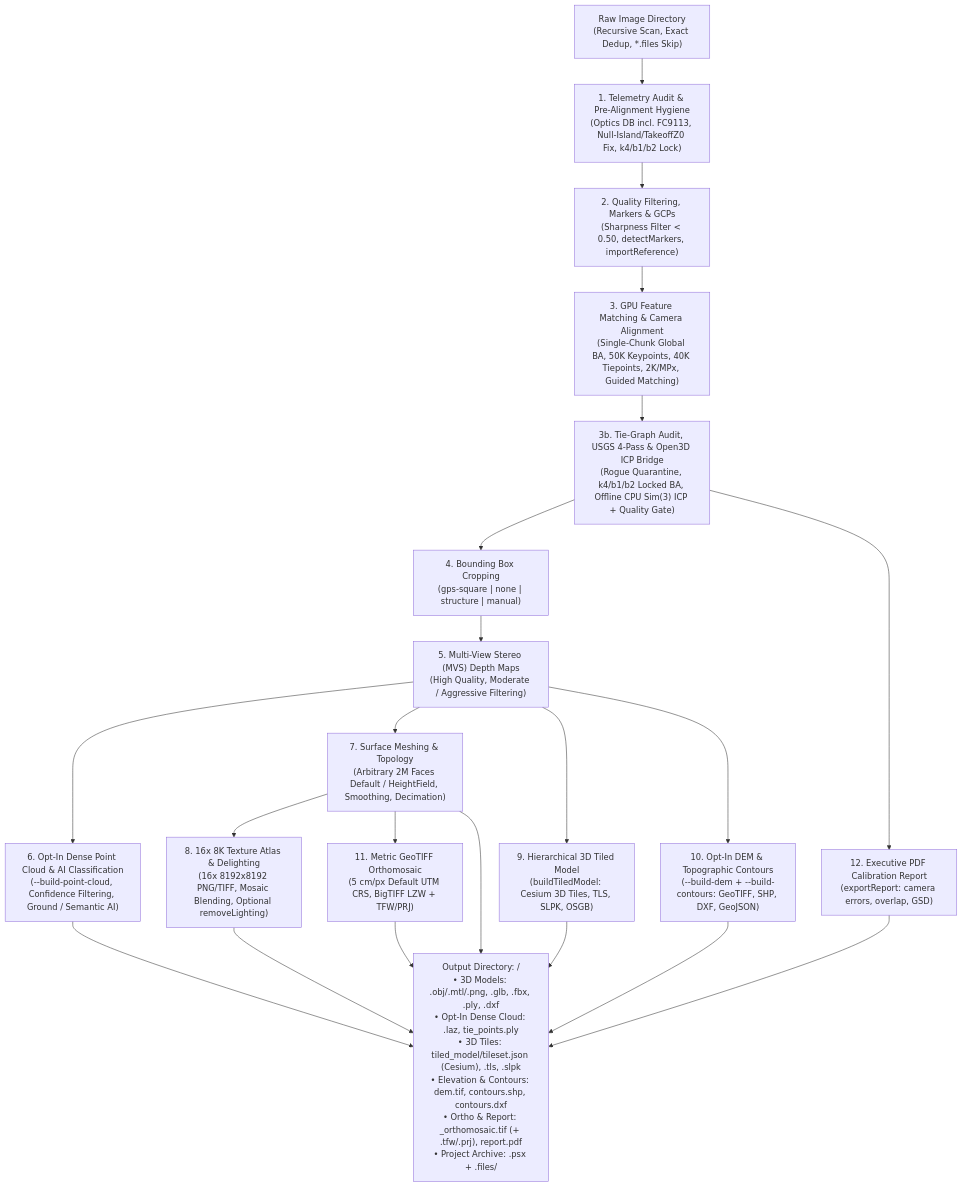
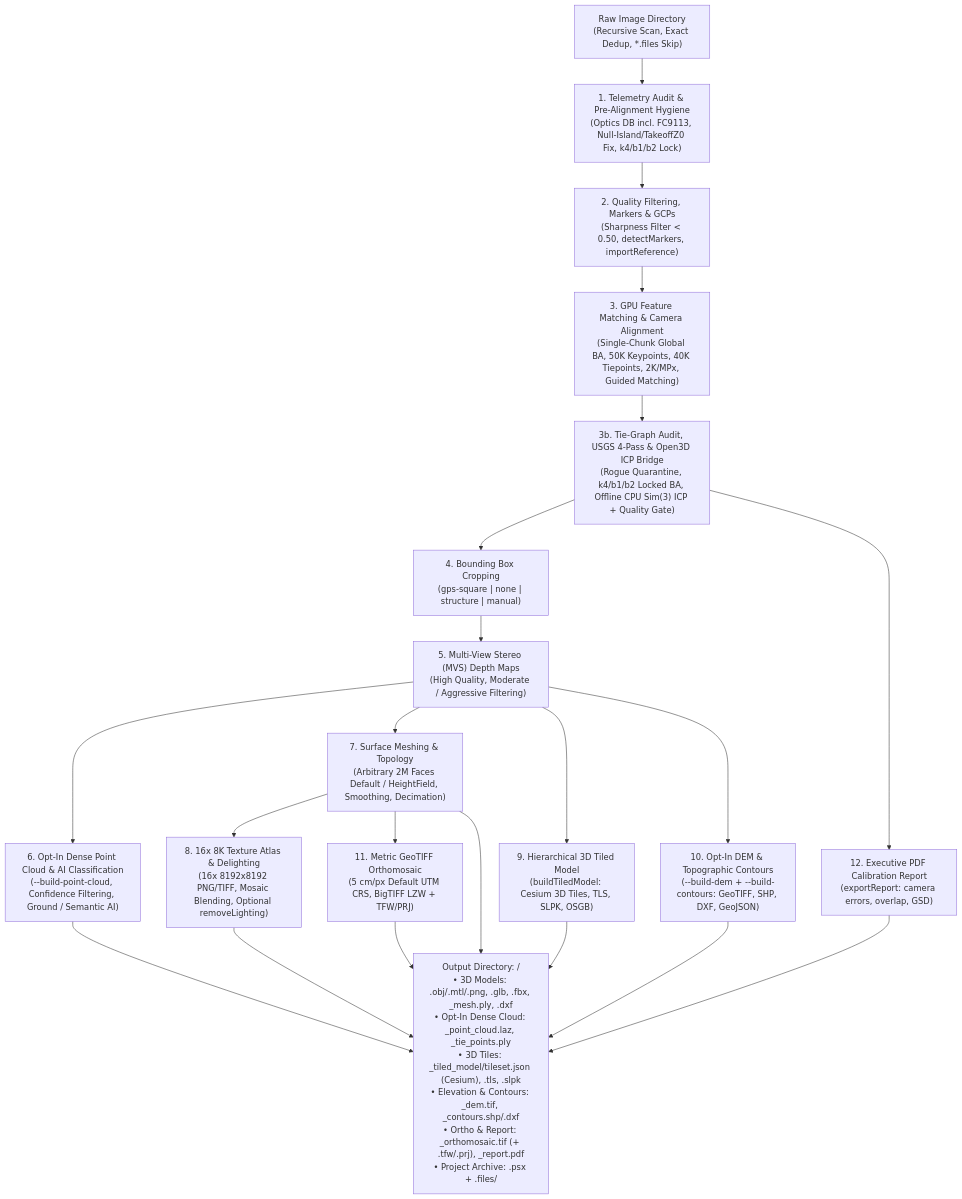
Before and after one commit to ngviettam82/AutoMetashape: the diagram in README.md, drawn with Mermaid. The commit also changed other lines of this file and 25 other files, not shown here.

````diff
--- a/README.md
+++ b/README.md
@@ -181,23 +182,23 @@
 ```mermaid
 flowchart TD
     A["Raw Image Directory<br/>(Recursive Scan, Exact Dedup, *.files Skip)"] --> B["1. Telemetry Audit & Pre-Alignment Hygiene<br/>(Optics DB incl. FC9113, Null-Island/TakeoffZ0 Fix, k4/b1/b2 Lock)"]
     B --> C["2. Quality Filtering, Markers & GCPs<br/>(Sharpness Filter < 0.50, detectMarkers, importReference)"]
     C --> D["3. GPU Feature Matching & Camera Alignment<br/>(Single-Chunk Global BA, 50K Keypoints, 40K Tiepoints, 2K/MPx, Guided Matching)"]
     D --> D2["3b. Tie-Graph Audit, USGS 4-Pass & Open3D ICP Bridge<br/>(Rogue Quarantine, k4/b1/b2 Locked BA, Offline CPU Sim(3) ICP + Quality Gate)"]
     D2 --> E["4. Bounding Box Cropping<br/>(gps-square | none | structure | manual)"]
     E --> F["5. Multi-View Stereo (MVS) Depth Maps<br/>(High Quality, Moderate / Aggressive Filtering)"]
     F --> G["6. Opt-In Dense Point Cloud & AI Classification<br/>(--build-point-cloud, Confidence Filtering, Ground / Semantic AI)"]
     F --> H["7. Surface Meshing & Topology<br/>(Arbitrary 2M Faces Default / HeightField, Smoothing, Decimation)"]
     H --> I["8. 16x 8K Texture Atlas & Delighting<br/>(16x 8192x8192 PNG/TIFF, Mosaic Blending, Optional removeLighting)"]
     F --> J["9. Hierarchical 3D Tiled Model<br/>(buildTiledModel: Cesium 3D Tiles, TLS, SLPK, OSGB)"]
     F --> K["10. Opt-In DEM & Topographic Contours<br/>(--build-dem + --build-contours: GeoTIFF, SHP, DXF, GeoJSON)"]
     H --> L["11. Metric GeoTIFF Orthomosaic<br/>(5 cm/px Default UTM CRS, BigTIFF LZW + TFW/PRJ)"]
     D2 --> M["12. Executive PDF Calibration Report<br/>(exportReport: camera errors, overlap, GSD)"]
-    G --> N["Output Directory: <output_dir>/<br/>• 3D Models: <project>.obj/.mtl/.png, .glb, .fbx, .ply, .dxf<br/>• Opt-In Dense Cloud: <project>.laz, tie_points.ply<br/>• 3D Tiles: tiled_model/tileset.json (Cesium), .tls, .slpk<br/>• Elevation & Contours: dem.tif, contours.shp, contours.dxf<br/>• Ortho & Report: <project>_orthomosaic.tif (+ .tfw/.prj), report.pdf<br/>• Project Archive: <project>.psx + <project>.files/"]
+    G --> N["Output Directory: <output_dir>/<br/>• 3D Models: <project>.obj/.mtl/.png, .glb, .fbx, _mesh.ply, .dxf<br/>• Opt-In Dense Cloud: <project>_point_cloud.laz, <project>_tie_points.ply<br/>• 3D Tiles: <project>_tiled_model/tileset.json (Cesium), .tls, .slpk<br/>• Elevation & Contours: <project>_dem.tif, <project>_contours.shp/.dxf<br/>• Ortho & Report: <project>_orthomosaic.tif (+ .tfw/.prj), <project>_report.pdf<br/>• Project Archive: <project>.psx + <project>.files/"]
     H --> N
     I --> N
     J --> N
     K --> N
     L --> N
     M --> N
 ```
````
